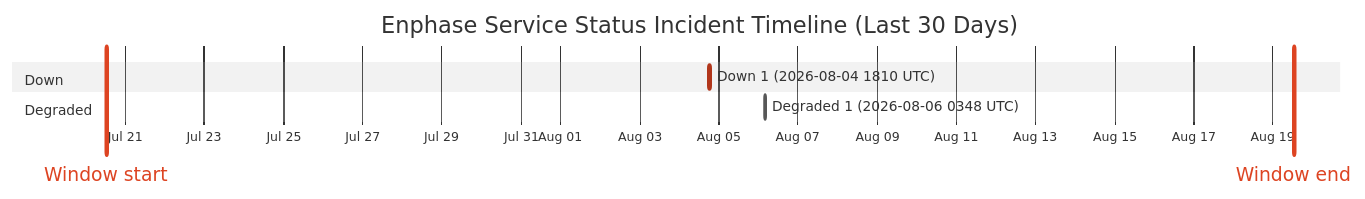
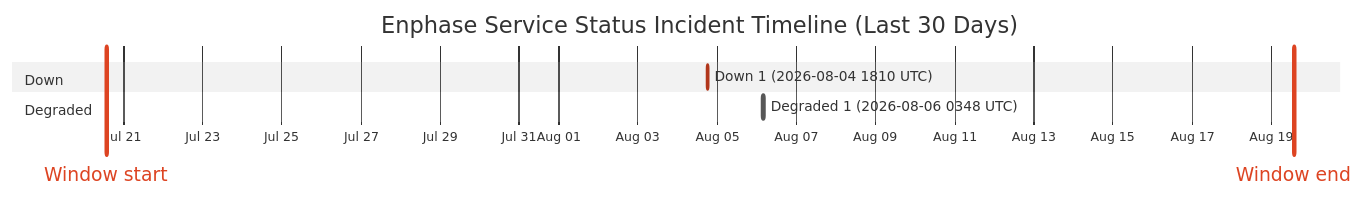
One commit to barneyonline/ha-enphase-energy changed the diagram in wiki/Service-Status-History.md. Above: the diagram before and after it, drawn with Mermaid (neutral theme). The commit also changed other lines of this file and 3 other files, not shown here.

````diff
--- a/wiki/Service-Status-History.md
+++ b/wiki/Service-Status-History.md
@@ -14,12 +14,12 @@
 ```mermaid
 gantt
     title Enphase Service Status Incident Timeline (Last 30 Days)
     dateFormat  YYYY-MM-DDTHH:mm:ss
     axisFormat  %b %d
-    Window start :vert, window-start, 2026-07-20T12:41:48, 0ms
-    Window end :vert, window-end, 2026-08-19T12:41:48, 0ms
+    Window start :vert, window-start, 2026-07-20T13:42:02, 0ms
+    Window end :vert, window-end, 2026-08-19T13:42:02, 0ms
     section Down
     Down 1 (2026-08-04 1810 UTC) :crit, down-1, 2026-08-04T18:10:46, 60m
     section Degraded
     Degraded 1 (2026-08-06 0348 UTC) :active, degraded-1, 2026-08-06T03:48:14, 60m
 ```
````
